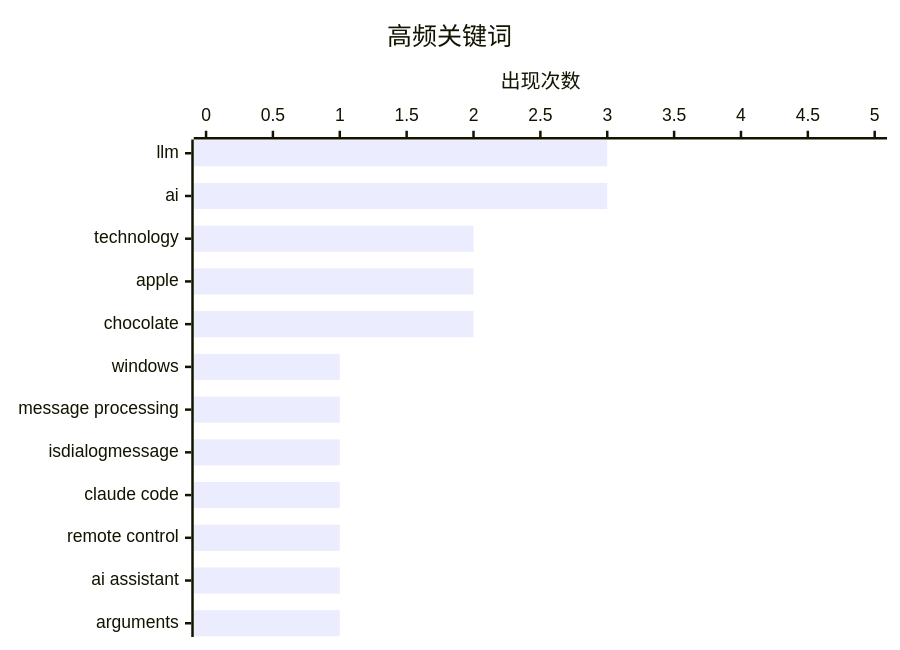
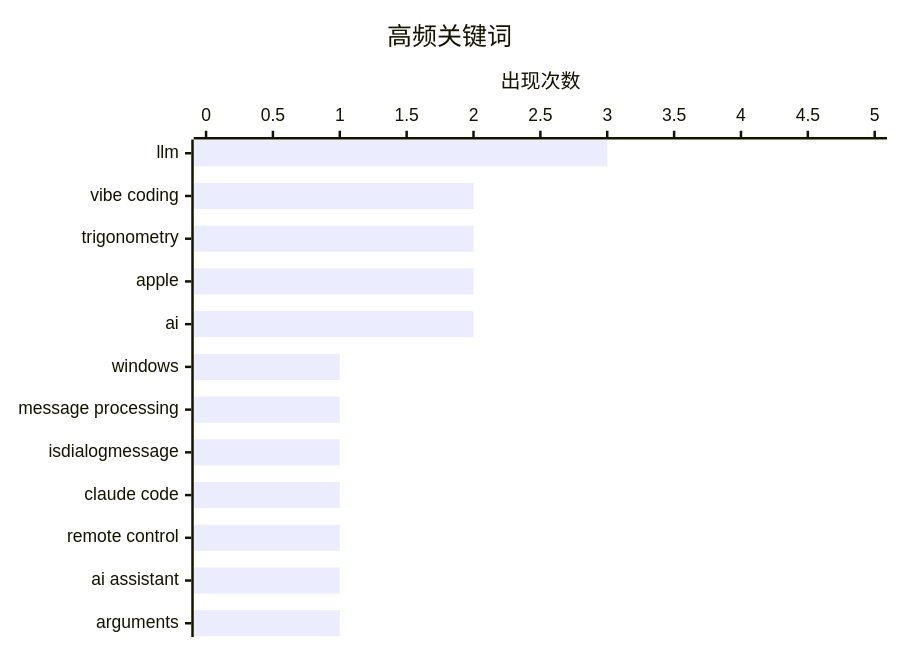
The second of 2 diagrams in src/content/digest/2026-02-26.md (hustlyt/ai-daily-digest), drawn with Mermaid before and after one commit. The commit also changed other lines of this file, not shown here.

````diff
--- a/src/content/digest/2026-02-26.md
+++ b/src/content/digest/2026-02-26.md
@@ -72,7 +82,7 @@
 ```mermaid
 xychart-beta horizontal
     title "高频关键词"
-    x-axis ["llm", "ai", "technology", "apple", "chocolate", "windows", "message processing", "isdialogmessage", "claude code", "remote control", "ai assistant", "arguments"]
+    x-axis ["llm", "vibe coding", "trigonometry", "apple", "ai", "windows", "message processing", "isdialogmessage", "claude code", "remote control", "ai assistant", "arguments"]
     y-axis "出现次数" 0 --> 5
-    bar [3, 3, 2, 2, 2, 1, 1, 1, 1, 1, 1, 1]
+    bar [3, 2, 2, 2, 2, 1, 1, 1, 1, 1, 1, 1]
 ```
````
